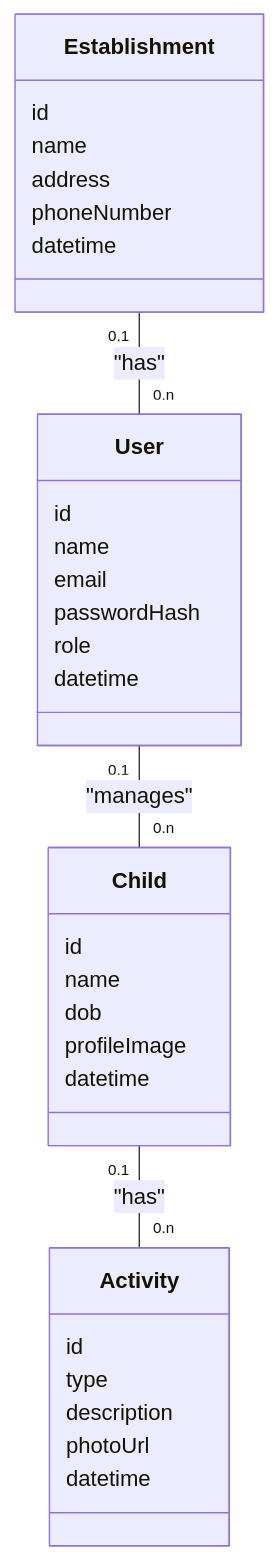
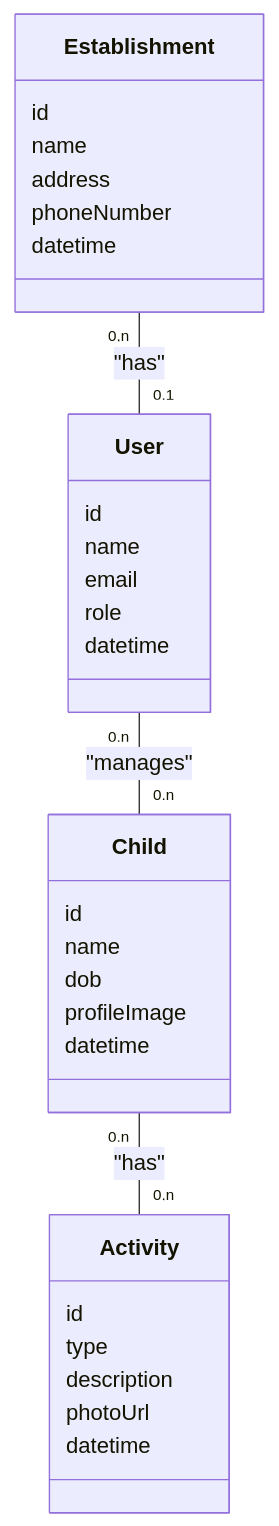
One commit to MyErickson/Memora-back changed the diagram in conception/mcd.md. Above: the diagram before and after it, drawn with Mermaid. The commit also changed 1 other file, not shown here.

Commit message:
📝 [EDIT] caridnalité mcd & cdc

````diff
--- a/conception/mcd.md
+++ b/conception/mcd.md
@@ -3,40 +3,39 @@
 ```mermaid
 classDiagram
     class Establishment {
         id
          name
         address
         phoneNumber
         datetime
     }
 
     class User {
          id
          name
          email
-         passwordHash
         role
-         datetime
+        datetime
     }
 
     class Child {
          id
         name
         dob
          profileImage
          datetime
     }
 
     class Activity {
         id
          type
          description
          photoUrl
          datetime
     }
 
-    Establishment "0,1" -- "0,n" User : "has"
-    User "0,1" -- "0,n" Child : "manages"
-    Child "0,1" -- "0,n" Activity : "has"
+    Establishment "0,n" -- "0,1" User : "has"
+    User "0,n" -- "0,n" Child : "manages"
+    Child "0,n" -- "0,n" Activity : "has"
 
 ```
````
